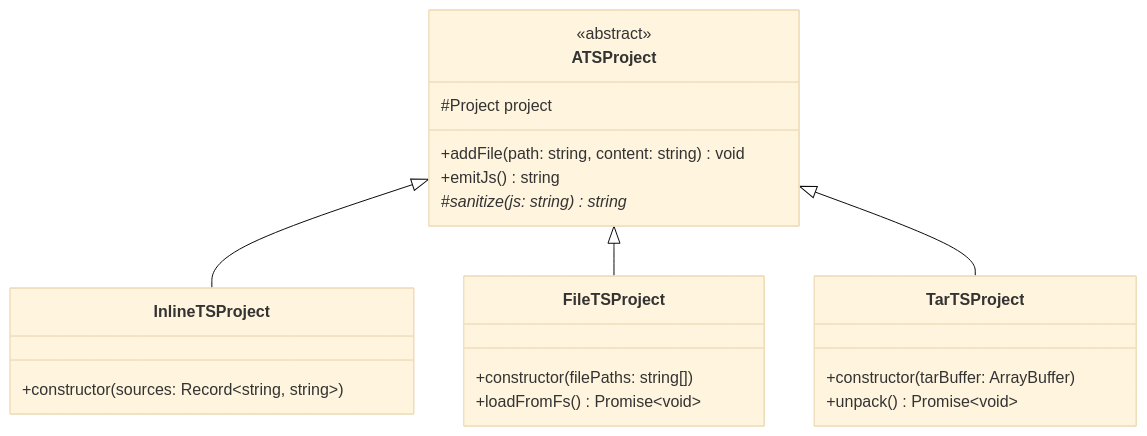
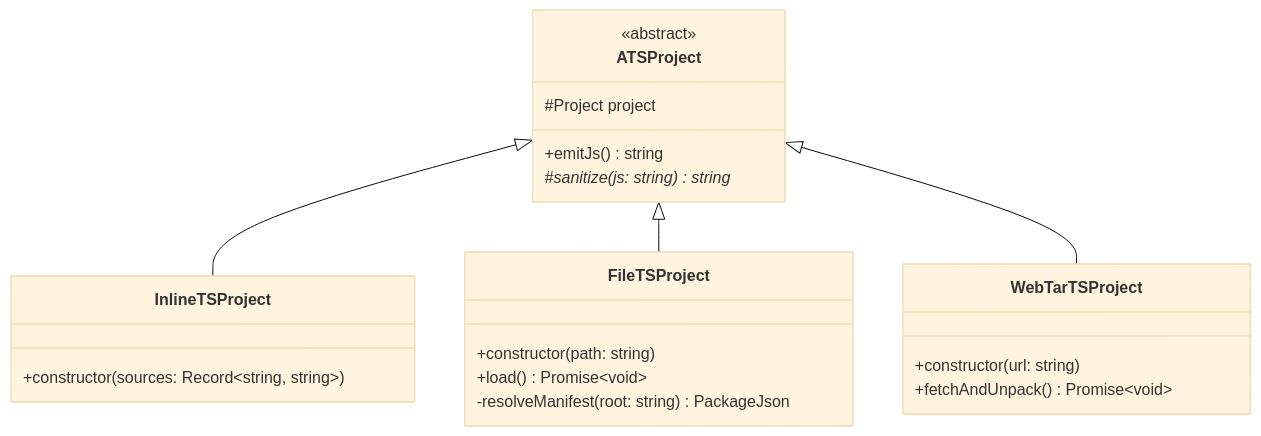
Before and after one commit to rimvydasb/open-modeler-bindings: the first of 2 diagrams in docs/TS_PROJECT_SPEC.md, drawn with Mermaid (base theme). The commit also changed other lines of this file and 5 other files, not shown here.

Commit message:
chore: update formatting configuration and enhance documentation in architecture and project specs

````diff
--- a/docs/TS_PROJECT_SPEC.md
+++ b/docs/TS_PROJECT_SPEC.md
@@ -22,30 +23,30 @@
 ```mermaid
 classDiagram
     direction TB
 
     class ATSProject {
         <<abstract>>
         #Project project
-        +addFile(path: string, content: string) void
         +emitJs() string
         #sanitize(js: string) string*
     }
 
     class InlineTSProject {
         +constructor(sources: Record~string, string~)
     }
 
     class FileTSProject {
-        +constructor(filePaths: string[])
-        +loadFromFs() Promise~void~
+        +constructor(path: string)
+        +load() Promise~void~
+        -resolveManifest(root: string) PackageJson
     }
 
-    class TarTSProject {
-        +constructor(tarBuffer: ArrayBuffer)
-        +unpack() Promise~void~
+    class WebTarTSProject {
+        +constructor(url: string)
+        +fetchAndUnpack() Promise~void~
     }
 
     ATSProject <|-- InlineTSProject
     ATSProject <|-- FileTSProject
-    ATSProject <|-- TarTSProject
+    ATSProject <|-- WebTarTSProject
 ```
````
